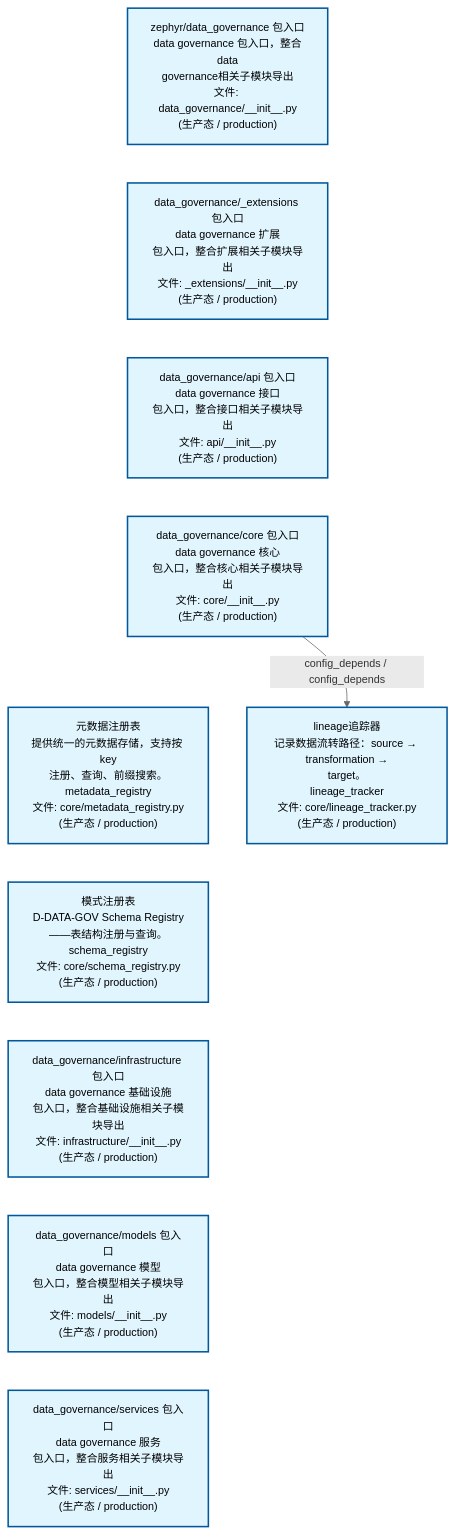
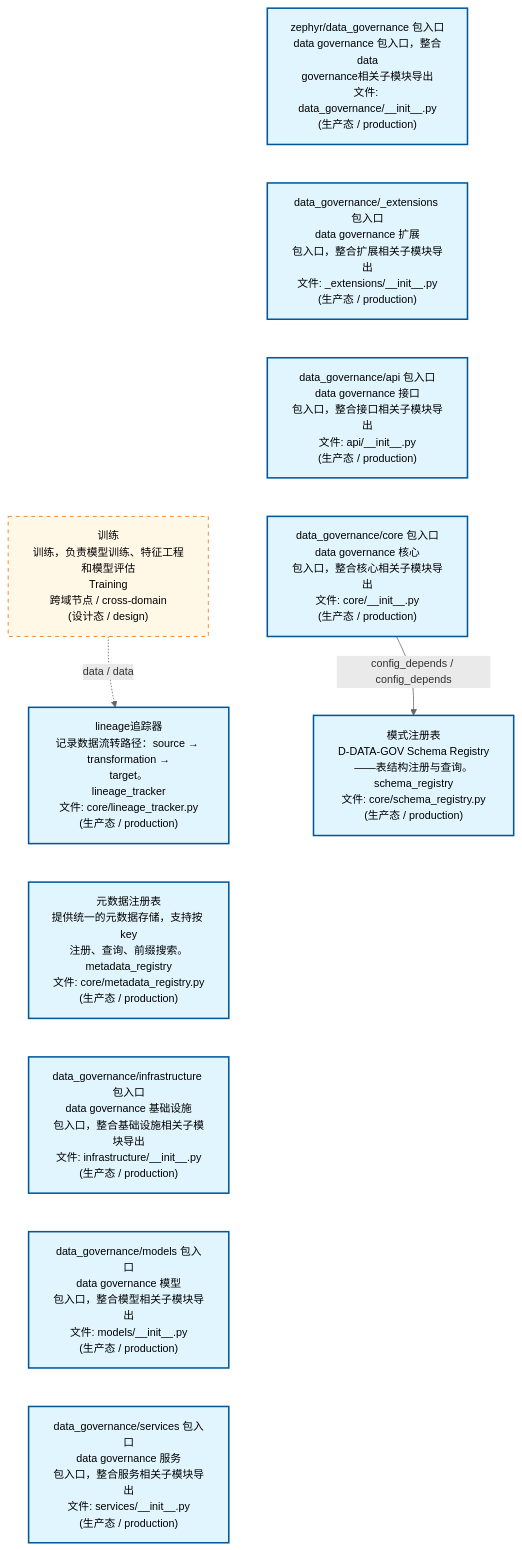
The first of 3 diagrams in docs/02_enterprise_architecture/02_domain_architecture_docs/13_d_data_gov.md (xuanFelixVan/ZephyrAlpha), drawn with Mermaid before and after one commit. The commit also changed other lines of this file and 50 other files, not shown here.

````diff
--- a/docs/02_enterprise_architecture/02_domain_architecture_docs/13_d_data_gov.md
+++ b/docs/02_enterprise_architecture/02_domain_architecture_docs/13_d_data_gov.md
@@ -53,28 +53,31 @@
 ```mermaid
 %%{init: {'theme': 'base', 'themeVariables': {'primaryColor': '#eaeaea', 'primaryTextColor': '#333333', 'primaryBorderColor': '#666666', 'lineColor': '#666666', 'secondaryColor': '#eaeaea', 'tertiaryColor': '#eaeaea', 'fontSize': '14px'}}}%%
 flowchart TD
     src_zephyr_data_governance_init_py["zephyr/data_governance 包入口<br/>data governance 包入口，整合data<br/>governance相关子模块导出<br/>文件: data_governance/__init__.py<br/>(生产态 / production)"]
     src_zephyr_data_governance_extensions_init_py["data_governance/_extensions 包入口<br/>data governance 扩展<br/>包入口，整合扩展相关子模块导出<br/>文件: _extensions/__init__.py<br/>(生产态 / production)"]
     src_zephyr_data_governance_api_init_py["data_governance/api 包入口<br/>data governance 接口<br/>包入口，整合接口相关子模块导出<br/>文件: api/__init__.py<br/>(生产态 / production)"]
     src_zephyr_data_governance_core_init_py["data_governance/core 包入口<br/>data governance 核心<br/>包入口，整合核心相关子模块导出<br/>文件: core/__init__.py<br/>(生产态 / production)"]
+    src_zephyr_data_governance_core_lineage_tracker_py["lineage追踪器<br/>记录数据流转路径：source → transformation →<br/>target。<br/>lineage_tracker<br/>文件: core/lineage_tracker.py<br/>(生产态 / production)"]
     src_zephyr_data_governance_core_metadata_registry_py["元数据注册表<br/>提供统一的元数据存储，支持按 key<br/>注册、查询、前缀搜索。<br/>metadata_registry<br/>文件: core/metadata_registry.py<br/>(生产态 / production)"]
-    src_zephyr_data_governance_core_schema_registry_py["模式注册表<br/>D-DATA-GOV Schema Registry——表结构注册与查询。<br/>schema_registry<br/>文件: core/schema_registry.py<br/>(生产态 / production)"]
     src_zephyr_data_governance_infrastructure_init_py["data_governance/infrastructure 包入口<br/>data governance 基础设施<br/>包入口，整合基础设施相关子模块导出<br/>文件: infrastructure/__init__.py<br/>(生产态 / production)"]
     src_zephyr_data_governance_models_init_py["data_governance/models 包入口<br/>data governance 模型<br/>包入口，整合模型相关子模块导出<br/>文件: models/__init__.py<br/>(生产态 / production)"]
     src_zephyr_data_governance_services_init_py["data_governance/services 包入口<br/>data governance 服务<br/>包入口，整合服务相关子模块导出<br/>文件: services/__init__.py<br/>(生产态 / production)"]
     src_zephyr_data_governance_init_py ~~~ src_zephyr_data_governance_extensions_init_py
     src_zephyr_data_governance_extensions_init_py ~~~ src_zephyr_data_governance_api_init_py
     src_zephyr_data_governance_api_init_py ~~~ src_zephyr_data_governance_core_init_py
-    src_zephyr_data_governance_core_init_py ~~~ src_zephyr_data_governance_core_metadata_registry_py
-    src_zephyr_data_governance_core_metadata_registry_py ~~~ src_zephyr_data_governance_core_schema_registry_py
-    src_zephyr_data_governance_core_schema_registry_py ~~~ src_zephyr_data_governance_infrastructure_init_py
+    src_zephyr_data_governance_core_init_py ~~~ src_zephyr_data_governance_core_lineage_tracker_py
+    src_zephyr_data_governance_core_lineage_tracker_py ~~~ src_zephyr_data_governance_core_metadata_registry_py
+    src_zephyr_data_governance_core_metadata_registry_py ~~~ src_zephyr_data_governance_infrastructure_init_py
     src_zephyr_data_governance_infrastructure_init_py ~~~ src_zephyr_data_governance_models_init_py
     src_zephyr_data_governance_models_init_py ~~~ src_zephyr_data_governance_services_init_py
-    src_zephyr_data_governance_core_lineage_tracker_py["lineage追踪器<br/>记录数据流转路径：source → transformation →<br/>target。<br/>lineage_tracker<br/>文件: core/lineage_tracker.py<br/>(生产态 / production)"]
-    src_zephyr_data_governance_core_init_py -->|config_depends / config_depends| src_zephyr_data_governance_core_lineage_tracker_py
+    src_zephyr_data_governance_core_schema_registry_py["模式注册表<br/>D-DATA-GOV Schema Registry——表结构注册与查询。<br/>schema_registry<br/>文件: core/schema_registry.py<br/>(生产态 / production)"]
+    src_zephyr_data_governance_core_init_py -->|config_depends / config_depends| src_zephyr_data_governance_core_schema_registry_py
+    D_ML_TRAIN["训练<br/>训练，负责模型训练、特征工程和模型评估<br/>Training<br/>跨域节点 / cross-domain<br/>(设计态 / design)"]
+    D_ML_TRAIN -.->|data / data| src_zephyr_data_governance_core_lineage_tracker_py
     classDef production fill:#e1f5fe,stroke:#01579b,stroke-width:2px,color:#000
     classDef design fill:#fff3e0,stroke:#e65100,stroke-width:2px,color:#000,stroke-dasharray: 5 5
     classDef external_prod fill:#e8f4fd,stroke:#0277bd,stroke-width:1px,color:#000
     classDef external_design fill:#fff8e7,stroke:#ef6c00,stroke-width:1px,color:#000,stroke-dasharray: 5 5
     class src_zephyr_data_governance_init_py,src_zephyr_data_governance_extensions_init_py,src_zephyr_data_governance_api_init_py,src_zephyr_data_governance_core_init_py,src_zephyr_data_governance_core_lineage_tracker_py,src_zephyr_data_governance_core_metadata_registry_py,src_zephyr_data_governance_core_schema_registry_py,src_zephyr_data_governance_infrastructure_init_py,src_zephyr_data_governance_models_init_py,src_zephyr_data_governance_services_init_py production
+    class D_ML_TRAIN external_design
 ```
````
